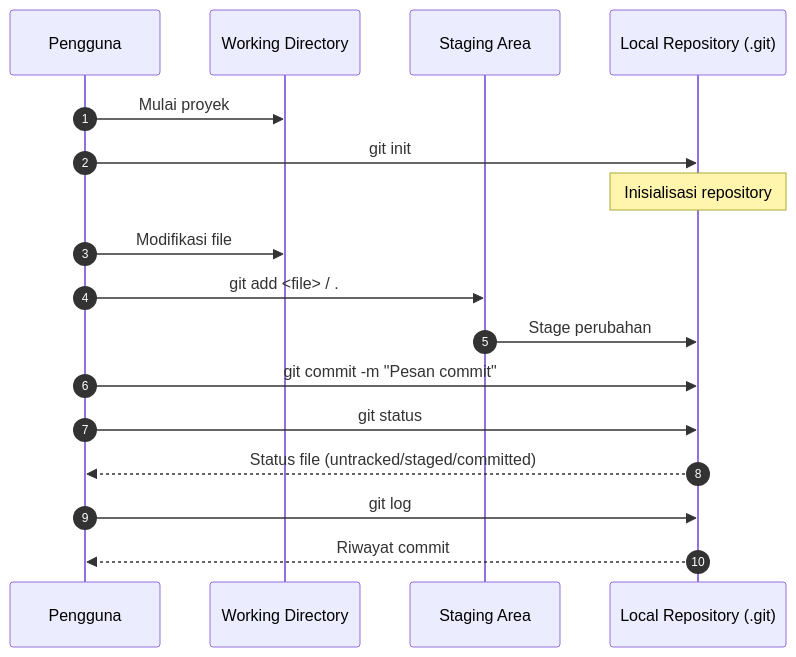
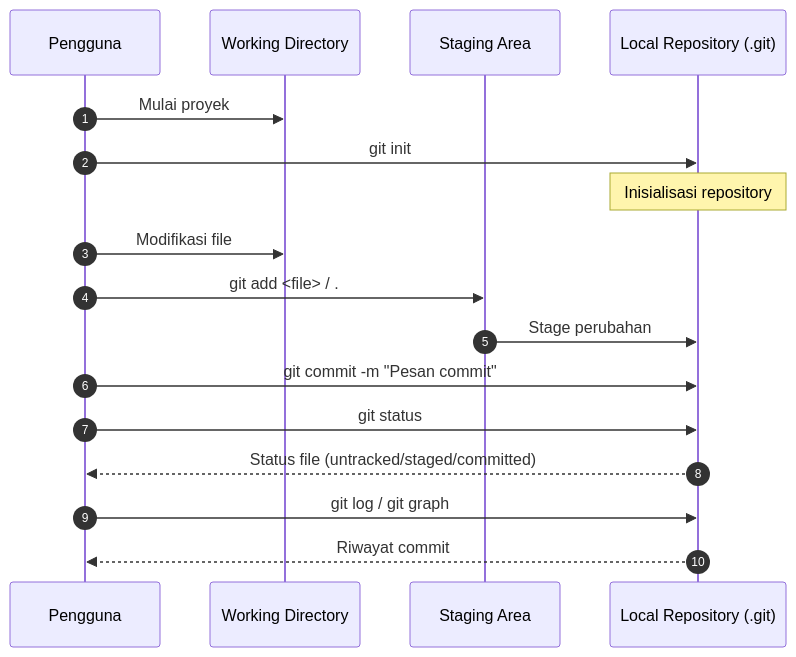
The second of 2 diagrams in docs/version-control/basic-git-commands.md (IoT-Smart-Hydroponic/learning), drawn with Mermaid before and after one commit. The commit also changed other lines of this file, not shown here.

Commit message:
docs: enhance basic Git commands documentation with tips on combining commands and remote repository operations

````diff
--- a/docs/version-control/basic-git-commands.md
+++ b/docs/version-control/basic-git-commands.md
@@ -102,20 +196,20 @@
 ```mermaid
 sequenceDiagram
     autonumber
     participant Dev as Pengguna
     participant WD as Working Directory
     participant SA as Staging Area
     participant LR as Local Repository (.git)
 
     Dev->>WD: Mulai proyek
     Dev->>LR: git init
     note over LR: Inisialisasi repository
     Dev->>WD: Modifikasi file
     Dev->>SA: git add <file> / .
     SA->>LR: Stage perubahan
     Dev->>LR: git commit -m "Pesan commit"
     Dev->>LR: git status
     LR-->>Dev: Status file (untracked/staged/committed)
-    Dev->>LR: git log
+    Dev->>LR: git log / git graph
     LR-->>Dev: Riwayat commit
 ```
````
